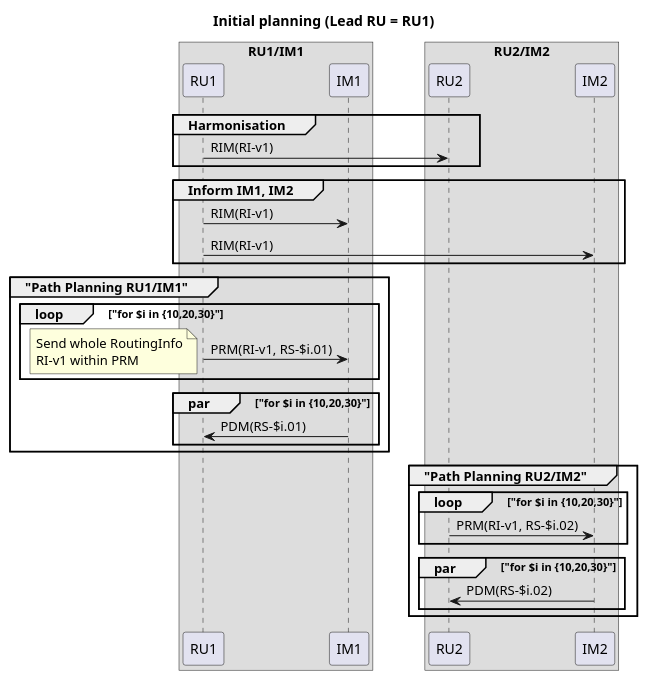
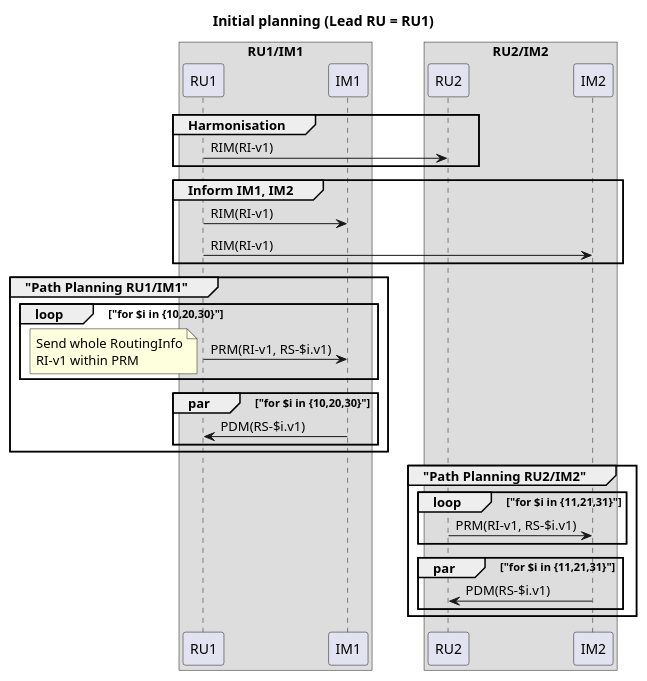
Before and after one commit to monora/tom: the diagram in docs/uml/rp-10-initial-setup.puml, drawn with PlantUML. The commit also changed 1150 other files, not shown here.

```diff
--- a/docs/uml/rp-10-initial-setup.puml
+++ b/docs/uml/rp-10-initial-setup.puml
@@ -1,39 +1,39 @@
 title Initial planning (Lead RU = RU1)
 skinparam BoxPadding 25
 
 box "RU1/IM1"
     participant RU1 order 10
     participant IM1 order 20
 end box
 box "RU2/IM2"
     participant RU2 order 40
     participant IM2 order 50
 end box
 
 group Harmonisation
     RU1 -> RU2: RIM(RI-v1)
 end
 group Inform IM1, IM2
     RU1 -> IM1: RIM(RI-v1)
     RU1 -> IM2: RIM(RI-v1)
 end
 group "Path Planning RU1/IM1"
     loop "for $i in {10,20,30}"
-        RU1 -> IM1: PRM(RI-v1, RS-$i.01)
+        RU1 -> IM1: PRM(RI-v1, RS-$i.v1)
         note left
             Send whole RoutingInfo
             RI-v1 within PRM
         end note
     end
     par "for $i in {10,20,30}"
-        IM1 -> RU1: PDM(RS-$i.01)
+        IM1 -> RU1: PDM(RS-$i.v1)
     end
 end
 group "Path Planning RU2/IM2"
-    loop "for $i in {10,20,30}"
-        RU2 -> IM2: PRM(RI-v1, RS-$i.02)
+    loop "for $i in {11,21,31}"
+        RU2 -> IM2: PRM(RI-v1, RS-$i.v1)
     end
-    par "for $i in {10,20,30}"
-        IM2 -> RU2: PDM(RS-$i.02)
+    par "for $i in {11,21,31}"
+        IM2 -> RU2: PDM(RS-$i.v1)
     end
 end
```
